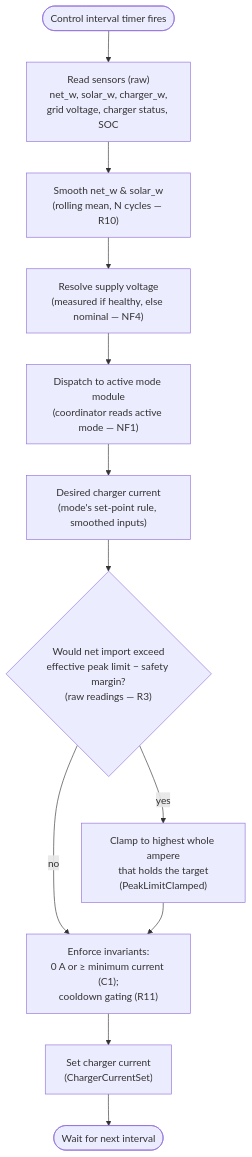
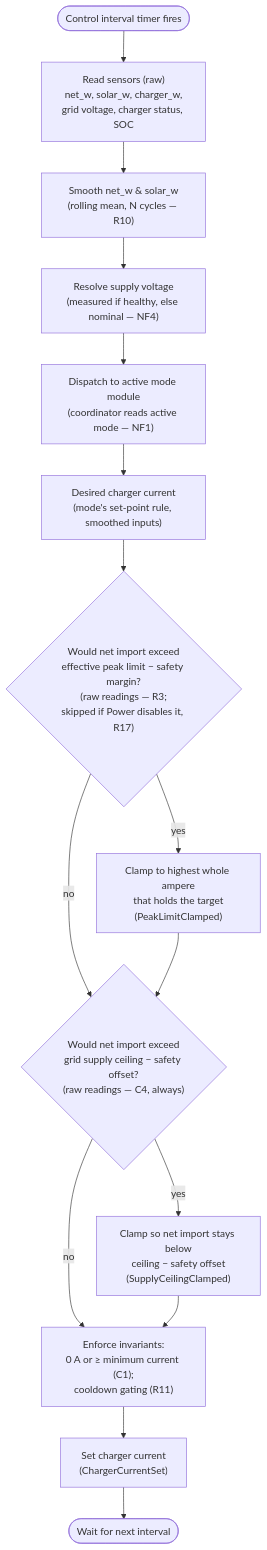
Before and after one commit to kristofdegrave/homeassistant-smart-charging: the diagram in docs/analysis/control-cycle.md, drawn with Mermaid. The commit also changed other lines of this file and 3 other files, not shown here.

First line of the commit message:
docs: add grid supply ceiling and safety buffers (C4)

````diff
--- a/docs/analysis/control-cycle.md
+++ b/docs/analysis/control-cycle.md
@@ -43,14 +47,17 @@
 ```mermaid
 flowchart TD
     Timer(["Control interval timer fires"]) --> Read["Read sensors (raw)<br/>net_w, solar_w, charger_w,<br/>grid voltage, charger status, SOC"]
     Read --> Smooth["Smooth net_w & solar_w<br/>(rolling mean, N cycles — R10)"]
     Smooth --> Volt["Resolve supply voltage<br/>(measured if healthy, else nominal — NF4)"]
     Volt --> Dispatch["Dispatch to active mode module<br/>(coordinator reads active mode — NF1)"]
     Dispatch --> Desired["Desired charger current<br/>(mode's set-point rule, smoothed inputs)"]
-    Desired --> Peak{"Would net import exceed<br/>effective peak limit − safety margin?<br/>(raw readings — R3)"}
+    Desired --> Peak{"Would net import exceed<br/>effective peak limit − safety margin?<br/>(raw readings — R3;<br/>skipped if Power disables it, R17)"}
     Peak -->|yes| Clamp["Clamp to highest whole ampere<br/>that holds the target<br/>(PeakLimitClamped)"]
-    Peak -->|no| Invariant
-    Clamp --> Invariant["Enforce invariants:<br/>0 A or ≥ minimum current (C1);<br/>cooldown gating (R11)"]
+    Peak -->|no| Ceiling
+    Clamp --> Ceiling{"Would net import exceed<br/>grid supply ceiling − safety offset?<br/>(raw readings — C4, always)"}
+    Ceiling -->|yes| CeilingClamp["Clamp so net import stays below<br/>ceiling − safety offset<br/>(SupplyCeilingClamped)"]
+    Ceiling -->|no| Invariant
+    CeilingClamp --> Invariant["Enforce invariants:<br/>0 A or ≥ minimum current (C1);<br/>cooldown gating (R11)"]
     Invariant --> Set["Set charger current<br/>(ChargerCurrentSet)"]
     Set --> Wait(["Wait for next interval"])
 ```
````
